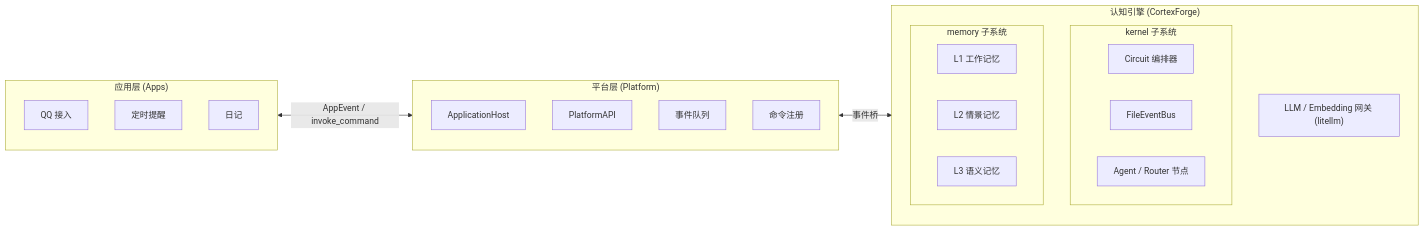
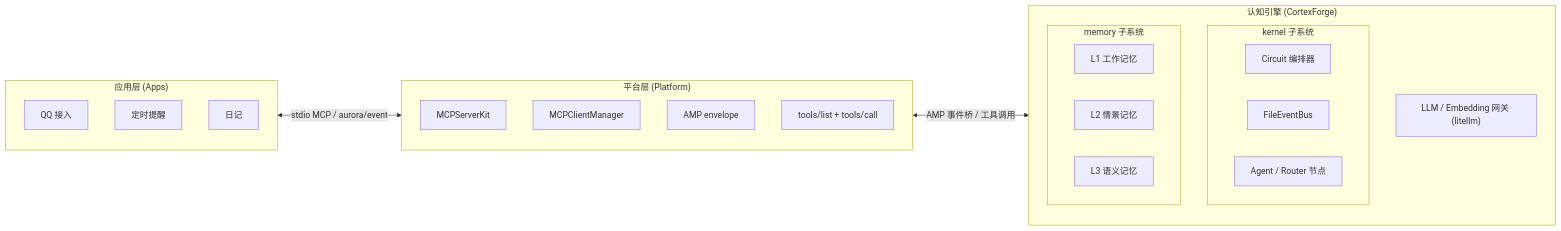
Before and after one commit to AuroraBot-Dev/AuroraBot: the diagram in README.md, drawn with Mermaid. The commit also changed other lines of this file and 33 other files, not shown here.

````diff
--- a/README.md
+++ b/README.md
@@ -42,36 +42,36 @@
 ```mermaid
 flowchart LR
     subgraph APPS["应用层 (Apps)"]
         direction TB
         QQ["QQ 接入"]
         ALARM["定时提醒"]
         DIARY["日记"]
     end
 
     subgraph PLATFORM["平台层 (Platform)"]
         direction TB
-        HOST["ApplicationHost"]
-        API["PlatformAPI"]
-        EVENTS["事件队列"]
-        CMDS["命令注册"]
+        KIT["MCPServerKit"]
+        CLIENT["MCPClientManager"]
+        AMP["AMP envelope"]
+        TOOLS["tools/list + tools/call"]
     end
 
     subgraph BRAIN["认知引擎 (CortexForge)"]
         subgraph KERNEL["kernel 子系统"]
             direction LR
             CIRCUIT["Circuit 编排器"]
             BUS["FileEventBus"]
             NODES["Agent / Router 节点"]
         end
         subgraph MEMORY["memory 子系统"]
             direction LR
             L1["L1 工作记忆"]
             L2["L2 情景记忆"]
             L3["L3 语义记忆"]
         end
         GATEWAY["LLM / Embedding 网关 (litellm)"]
     end
 
-    APPS <-->|"AppEvent / invoke_command"| PLATFORM
-    PLATFORM <-->|"事件桥"| BRAIN
+    APPS <-->|"stdio MCP / aurora/event"| PLATFORM
+    PLATFORM <-->|"AMP 事件桥 / 工具调用"| BRAIN
 ```
````
